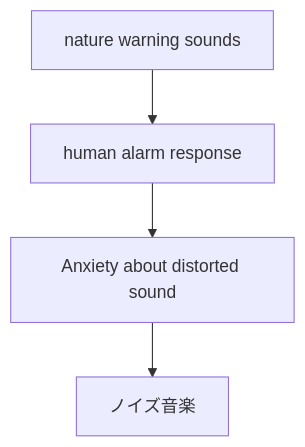
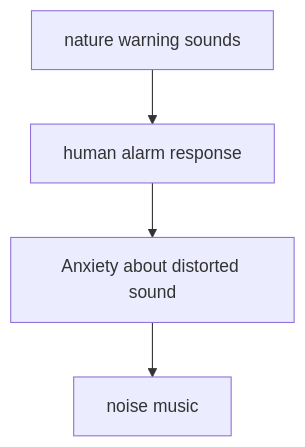
The fourth of 5 diagrams in en/_posts/2026-03-13-column-why-experimental-music-scares-people.md (monumental-movement/monumental-movement.github.io), drawn with Mermaid before and after one commit. The commit also changed other lines of this file and 851 other files, not shown here.

```diff
--- a/en/_posts/2026-03-13-column-why-experimental-music-scares-people.md
+++ b/en/_posts/2026-03-13-column-why-experimental-music-scares-people.md
@@ -216,6 +216,6 @@
 <div class="mermaid">
 graph TD
 A[nature warning sounds] --> B[human alarm response]
 B --> C[Anxiety about distorted sound]
-C --> D[ノイズ音楽]
+C --> D[noise music]
 </div>
```
